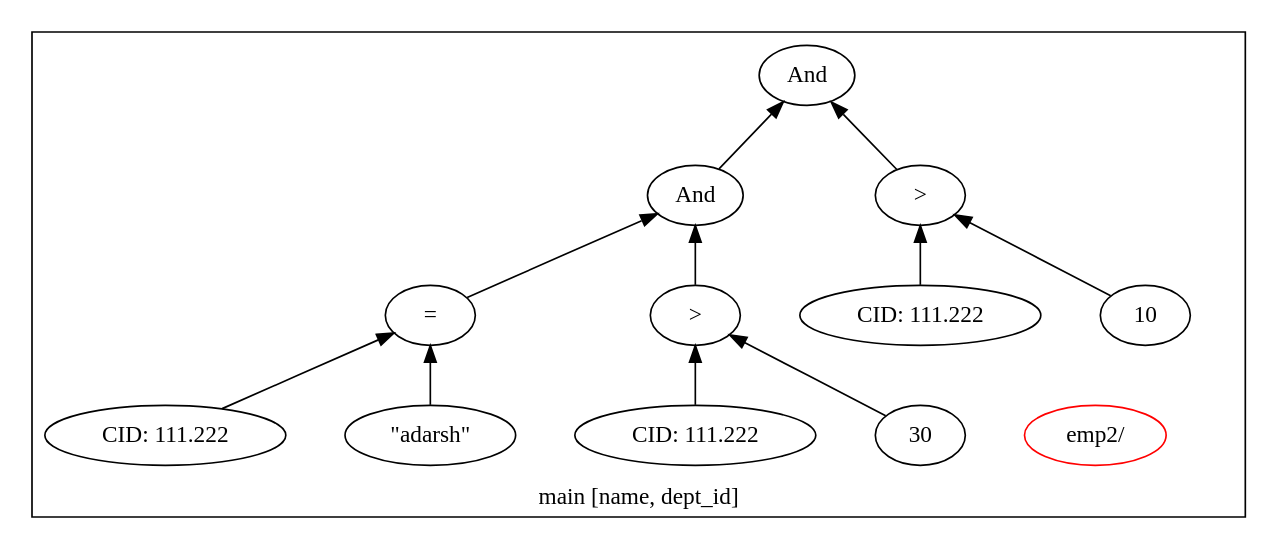
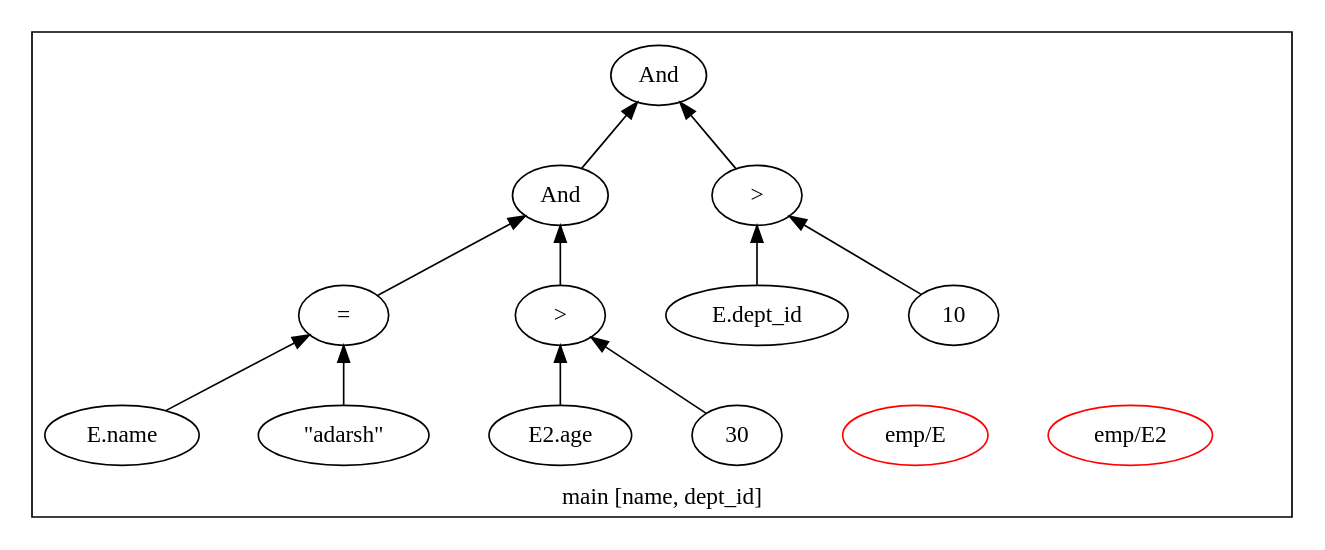
The diagram in qgm.dot (adarshpannu/kona), drawn with Graphviz before and after one commit. The commit also changed 7 other files, not shown here.

```diff
--- a/qgm.dot
+++ b/qgm.dot
@@ -1,31 +1,32 @@
 digraph example1 {
     rankdir=BT;
     nodesep=0.5;
     ordering="in";
   subgraph cluster_main {
     label = "main [name, dept_id]";
     "main_pt"[shape=point, color=white];
-    "QUN_0"[label="emp2/ ", color=red]
+    "QUN_1"[label="emp/E2 ", color=red]
+    "QUN_0"[label="emp/E ", color=red]
     exprnodeNodeId13v1[label="And"];
     exprnodeNodeId9v1 -> exprnodeNodeId13v1;
     exprnodeNodeId9v1[label="And"];
     exprnodeNodeId5v1 -> exprnodeNodeId9v1;
     exprnodeNodeId5v1[label="="];
     exprnodeNodeId3v1 -> exprnodeNodeId5v1;
-    exprnodeNodeId3v1[label="CID: 111.222"];
+    exprnodeNodeId3v1[label="E.name"];
     exprnodeNodeId4v1 -> exprnodeNodeId5v1;
     exprnodeNodeId4v1[label="\"adarsh\""];
     exprnodeNodeId8v1 -> exprnodeNodeId9v1;
     exprnodeNodeId8v1[label=">"];
     exprnodeNodeId6v1 -> exprnodeNodeId8v1;
-    exprnodeNodeId6v1[label="CID: 111.222"];
+    exprnodeNodeId6v1[label="E2.age"];
     exprnodeNodeId7v1 -> exprnodeNodeId8v1;
     exprnodeNodeId7v1[label="30"];
     exprnodeNodeId12v1 -> exprnodeNodeId13v1;
     exprnodeNodeId12v1[label=">"];
     exprnodeNodeId10v1 -> exprnodeNodeId12v1;
-    exprnodeNodeId10v1[label="CID: 111.222"];
+    exprnodeNodeId10v1[label="E.dept_id"];
     exprnodeNodeId11v1 -> exprnodeNodeId12v1;
     exprnodeNodeId11v1[label="10"];
 }
 }
```
